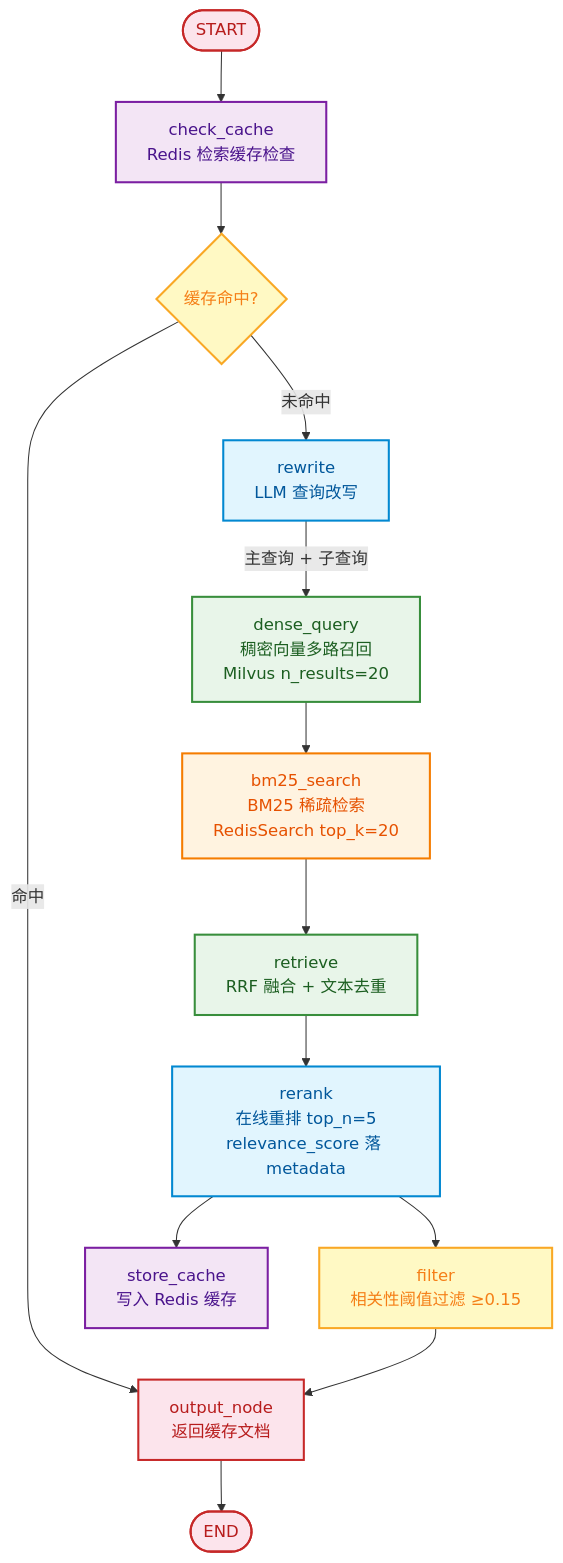
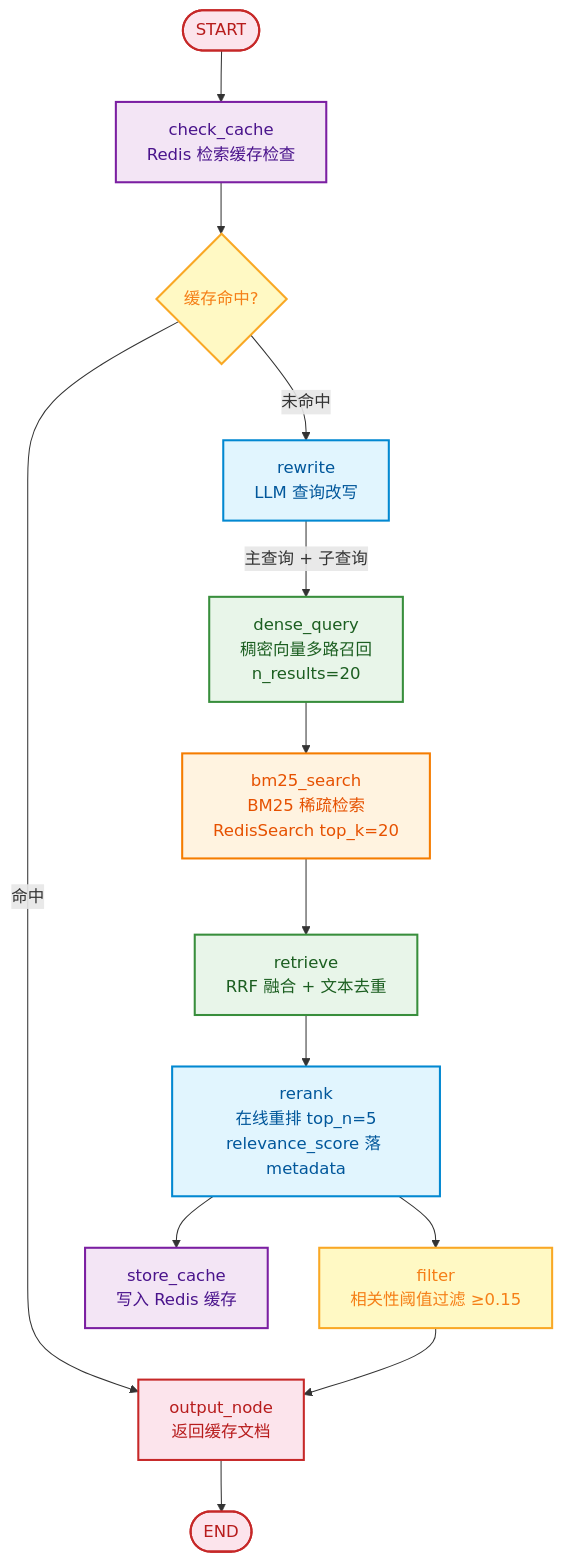
The second of 3 diagrams in README.md (Q1anyii/Mitta), drawn with Mermaid before and after one commit. The commit also changed other lines of this file and 1 other file, not shown here.

First line of the commit message:
docs: README 全面审查优化+新增 CI/CD 章节+流程图

````diff
--- a/README.md
+++ b/README.md
@@ -105,38 +102,38 @@
 ```mermaid
 flowchart TD
     START([START]) --> CHECK_CACHE[check_cache<br/>Redis 检索缓存检查]
 
     CHECK_CACHE --> CACHE_HIT{缓存命中?}
 
     CACHE_HIT -->|命中| OUTPUT[output_node<br/>返回缓存文档]
     CACHE_HIT -->|未命中| REWRITE[rewrite<br/>LLM 查询改写]
 
-    REWRITE -->|主查询 + 子查询| DENSE[dense_query<br/>稠密向量多路召回<br/>Milvus n_results=20]
+    REWRITE -->|主查询 + 子查询| DENSE[dense_query<br/>稠密向量多路召回<br/>n_results=20]
 
     DENSE --> BM25[bm25_search<br/>BM25 稀疏检索<br/>RedisSearch top_k=20]
 
     BM25 --> RETRIEVE[retrieve<br/>RRF 融合 + 文本去重]
 
     RETRIEVE --> RERANK[rerank<br/>在线重排 top_n=5<br/>relevance_score 落 metadata]
 
     RERANK --> STORE_CACHE[store_cache<br/>写入 Redis 缓存]
     RERANK --> FILTER[filter<br/>相关性阈值过滤 ≥0.15]
 
     FILTER --> OUTPUT
     OUTPUT --> END_NODE([END])
 
     classDef llmNode fill:#e1f5fe,stroke:#0288d1,stroke-width:2px,color:#01579b
     classDef vectorNode fill:#e8f5e9,stroke:#388e3c,stroke-width:2px,color:#1b5e20
     classDef sparseNode fill:#fff3e0,stroke:#f57c00,stroke-width:2px,color:#e65100
     classDef cacheNode fill:#f3e5f5,stroke:#7b1fa2,stroke-width:2px,color:#4a148c
     classDef decision fill:#fff9c4,stroke:#f9a825,stroke-width:2px,color:#f57f17
     classDef terminal fill:#fce4ec,stroke:#c62828,stroke-width:2px,color:#b71c1c
 
     class REWRITE,RERANK llmNode
     class DENSE,RETRIEVE vectorNode
     class BM25 sparseNode
     class CHECK_CACHE,STORE_CACHE cacheNode
     class FILTER decision
     class CACHE_HIT decision
     class START,END_NODE,OUTPUT terminal
 ```
````
